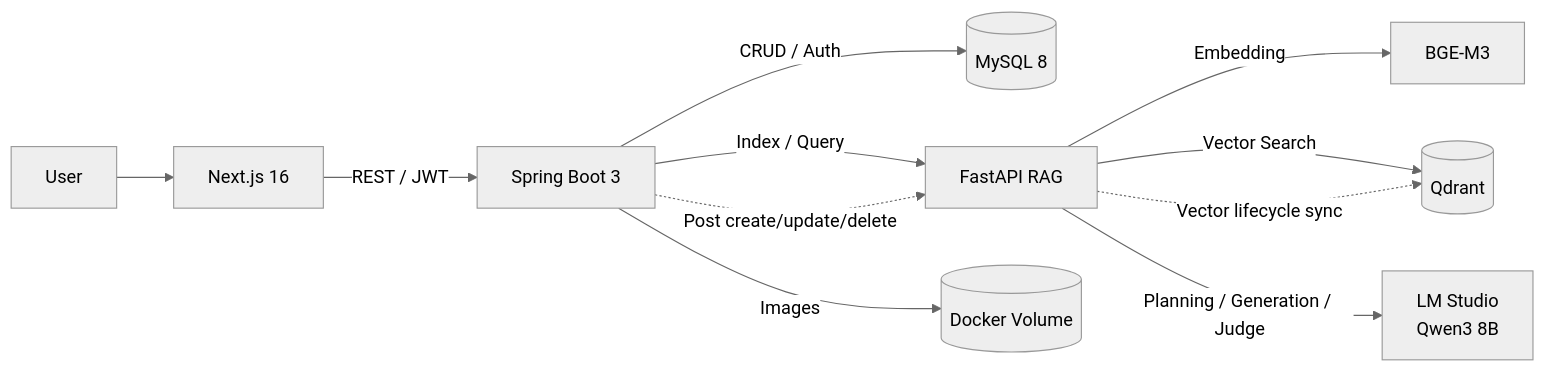
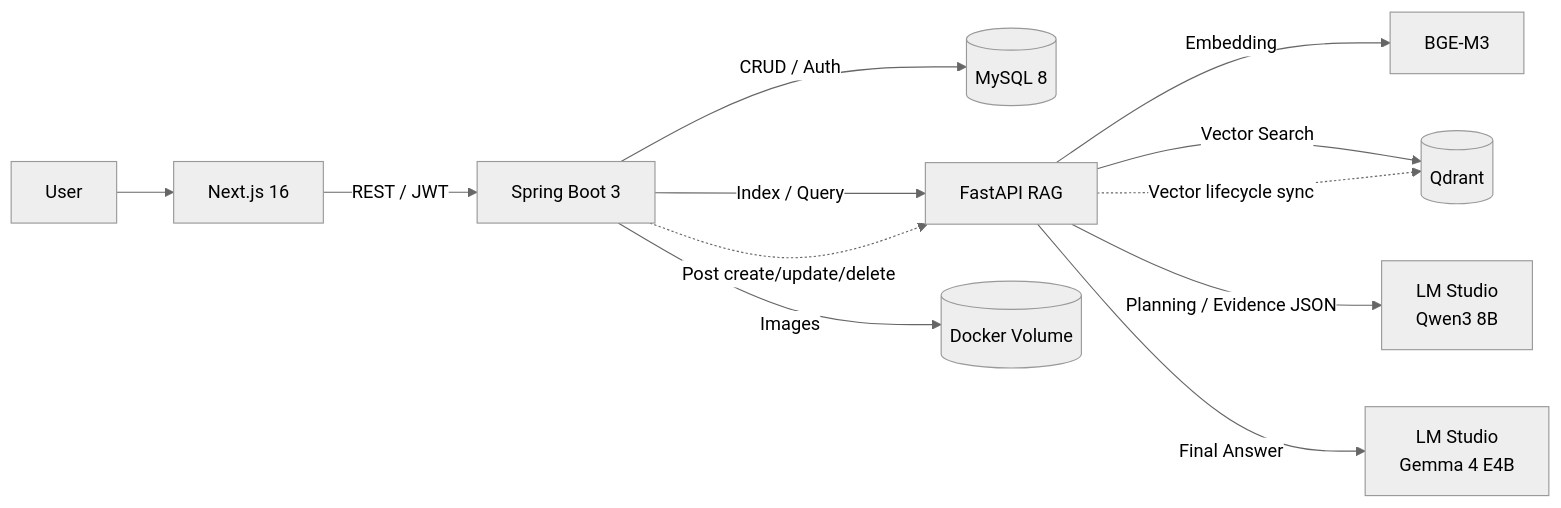
Before and after one commit to homilpat/blogProject: the first of 2 diagrams in README.md, drawn with Mermaid (neutral theme). The commit also changed other lines of this file and 4 other files, not shown here.

````diff
--- a/README.md
+++ b/README.md
@@ -56,16 +58,17 @@
 ```mermaid
 flowchart LR
     U[User] --> N[Next.js 16]
     N -->|REST / JWT| S[Spring Boot 3]
 
     S -->|CRUD / Auth| M[(MySQL 8)]
     S -->|Index / Query| F[FastAPI RAG]
     S -->|Images| V[(Docker Volume)]
 
     F -->|Embedding| B[BGE-M3]
     F -->|Vector Search| Q[(Qdrant)]
-    F -->|Planning / Generation / Judge| L[LM Studio<br/>Qwen3 8B]
+    F -->|Planning / Evidence JSON| P[LM Studio<br/>Qwen3 8B]
+    F -->|Final Answer| L[LM Studio<br/>Gemma 4 E4B]
 
     S -. Post create/update/delete .-> F
     F -. Vector lifecycle sync .-> Q
 ```
````
